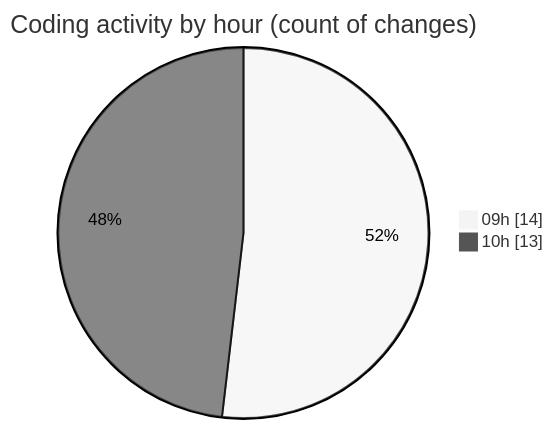
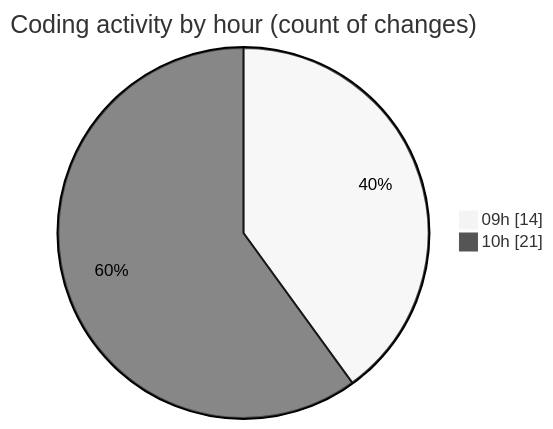
Before and after one commit to momahboobian/code-tracking: the second of 2 diagrams in 2025-06-03/cda/README.md, drawn with Mermaid (neutral theme). The commit also changed other lines of this file and 1 other file, not shown here.

````diff
--- a/2025-06-03/cda/README.md
+++ b/2025-06-03/cda/README.md
@@ -31,6 +33,6 @@
 ```mermaid
 pie showData
 title Coding activity by hour (count of changes)
 "09h" : 14
-"10h" : 13
+"10h" : 21
 ```
````
